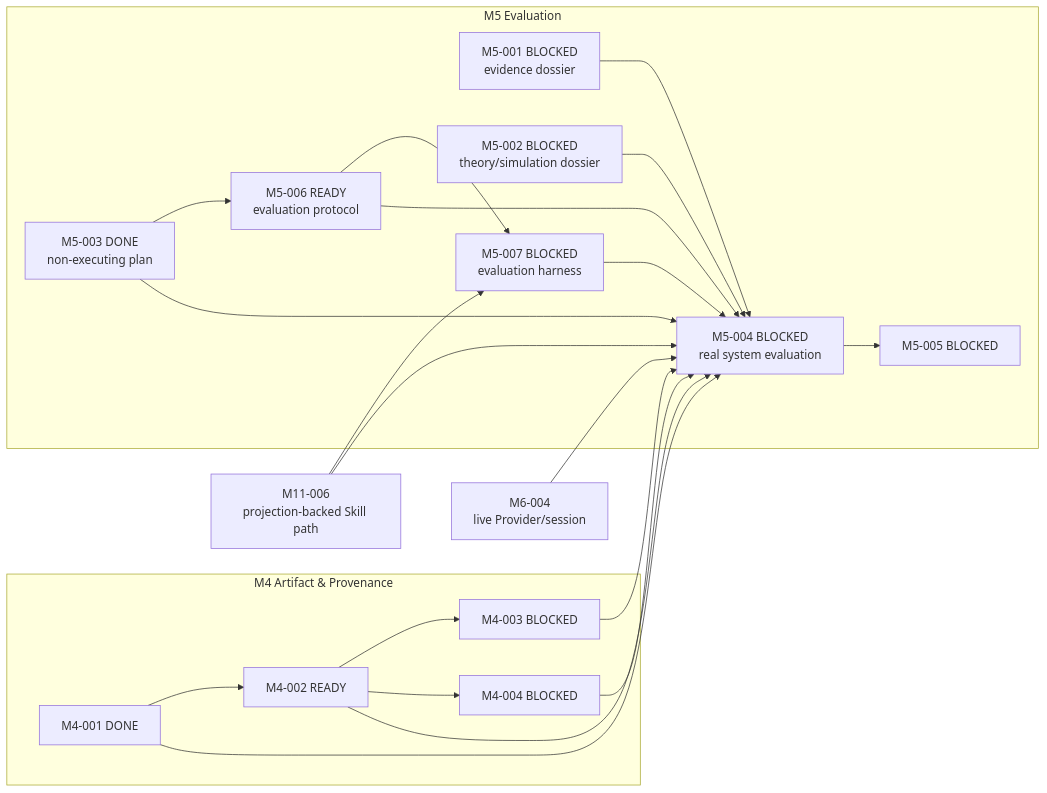
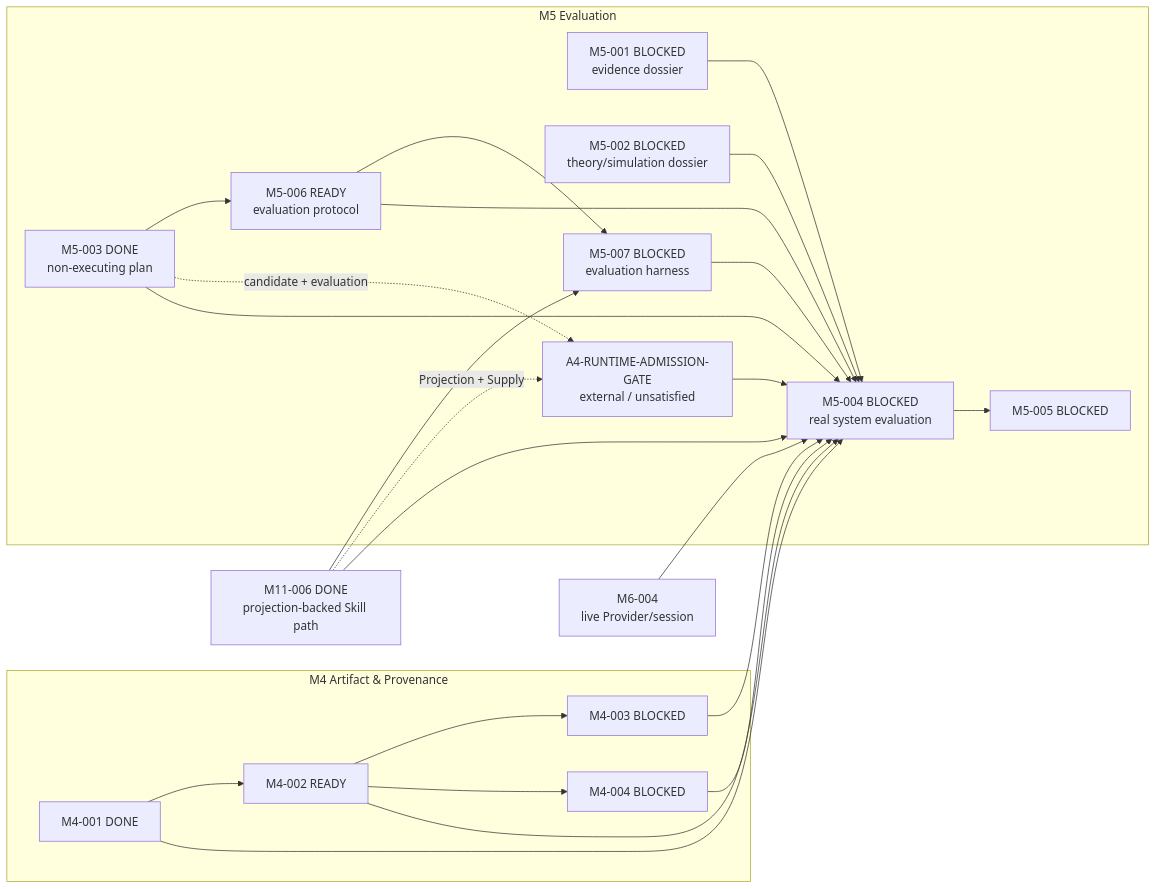
Before and after one commit to Chengyue-Lu/research-agent-workbench: the third of 4 diagrams in docs/M_SERIES_IMPLEMENTATION_MAP.md, drawn with Mermaid. The commit also changed other lines of this file and 9 other files, not shown here.

Commit message:
docs(m5): close A4 runtime admission lineage

````diff
--- a/docs/M_SERIES_IMPLEMENTATION_MAP.md
+++ b/docs/M_SERIES_IMPLEMENTATION_MAP.md
@@ -92,27 +92,30 @@
 ```mermaid
 flowchart LR
     subgraph M4["M4 Artifact & Provenance"]
         M4001["M4-001 DONE"] --> M4002["M4-002 READY"]
         M4002 --> M4003["M4-003 BLOCKED"]
         M4002 --> M4004["M4-004 BLOCKED"]
     end
 
     subgraph M5["M5 Evaluation"]
         M5001["M5-001 BLOCKED<br/>evidence dossier"] --> M5004["M5-004 BLOCKED<br/>real system evaluation"]
         M5002["M5-002 BLOCKED<br/>theory/simulation dossier"] --> M5004
         M5003["M5-003 DONE<br/>non-executing plan"] --> M5006["M5-006 READY<br/>evaluation protocol"]
         M5006 --> M5007["M5-007 BLOCKED<br/>evaluation harness"]
+        M5003 -. "candidate + evaluation" .-> A4G["A4-RUNTIME-ADMISSION-GATE<br/>external / unsatisfied"]
+        A4G --> M5004
         M5003 --> M5004
         M5006 --> M5004
         M5007 --> M5004
         M5004 --> M5005["M5-005 BLOCKED"]
     end
 
     M4001 --> M5004
     M4002 --> M5004
     M4003 --> M5004
     M4004 --> M5004
-    M1106["M11-006<br/>projection-backed Skill path"] --> M5007
+    M1106["M11-006 DONE<br/>projection-backed Skill path"] --> M5007
+    M1106 -. "Projection + Supply" .-> A4G
     M1106 --> M5004
     M6004["M6-004<br/>live Provider/session"] --> M5004
 ```
````
